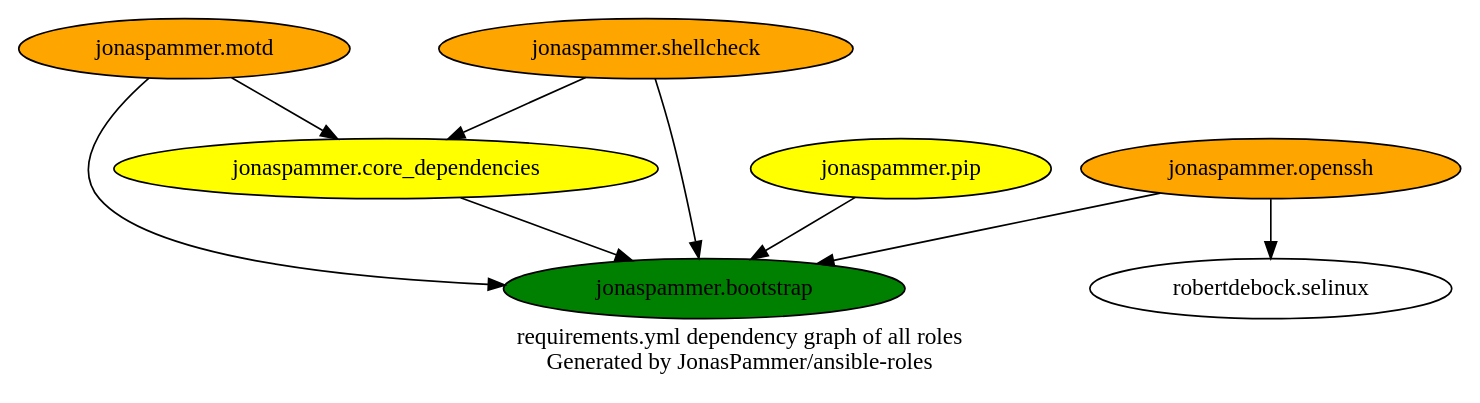
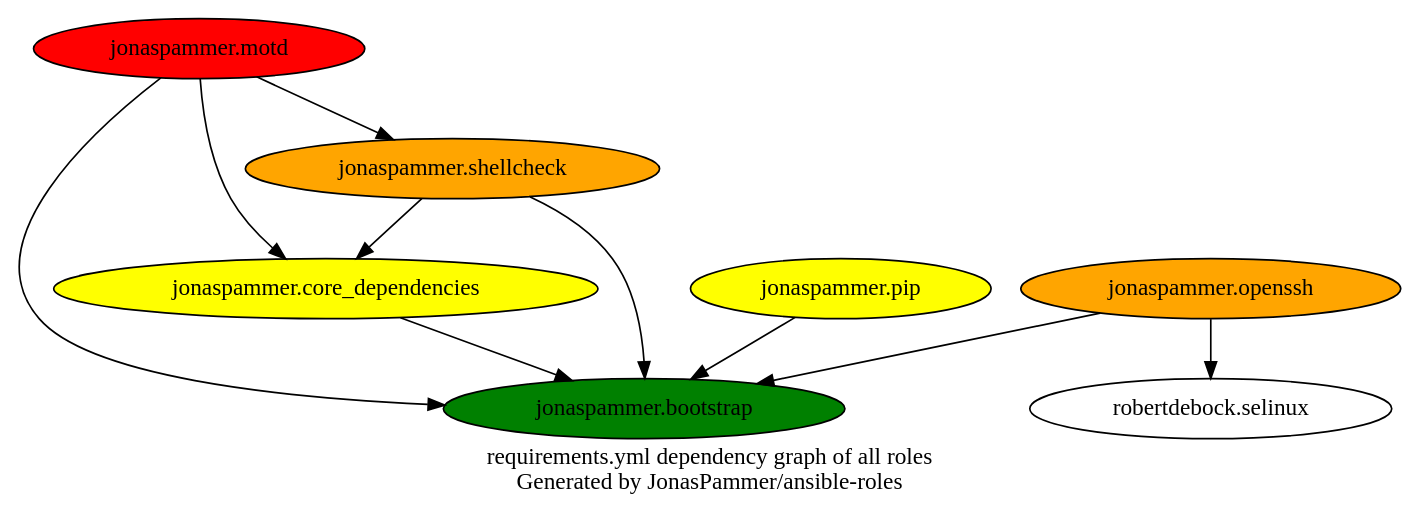
Before and after one commit to JonasPammer/ansible-roles: the diagram in graphs/dependencies_ALL.dot, drawn with Graphviz. The commit also changed 5 other files, not shown here.

```diff
--- a/graphs/dependencies_ALL.dot
+++ b/graphs/dependencies_ALL.dot
@@ -1,19 +1,19 @@
 digraph hierarchy {
   label = "requirements.yml dependency graph of all roles \n Generated by JonasPammer/ansible-roles" ;
 
   {
     "jonaspammer.bootstrap" [fillcolor=green style=filled]
     "jonaspammer.core_dependencies" [fillcolor=yellow style=filled]
-    "jonaspammer.motd" [fillcolor=orange style=filled]
+    "jonaspammer.motd" [fillcolor=red style=filled]
     "jonaspammer.openssh" [fillcolor=orange style=filled]
     "jonaspammer.pip" [fillcolor=yellow style=filled]
     "jonaspammer.shellcheck" [fillcolor=orange style=filled]
   }
 
 
   "jonaspammer.core_dependencies" -> {"jonaspammer.bootstrap"}
-  "jonaspammer.motd" -> {"jonaspammer.bootstrap" "jonaspammer.core_dependencies"}
+  "jonaspammer.motd" -> {"jonaspammer.bootstrap" "jonaspammer.core_dependencies" "jonaspammer.shellcheck"}
   "jonaspammer.openssh" -> {"jonaspammer.bootstrap" "robertdebock.selinux"}
   "jonaspammer.pip" -> {"jonaspammer.bootstrap"}
   "jonaspammer.shellcheck" -> {"jonaspammer.bootstrap" "jonaspammer.core_dependencies"}
 }
```
